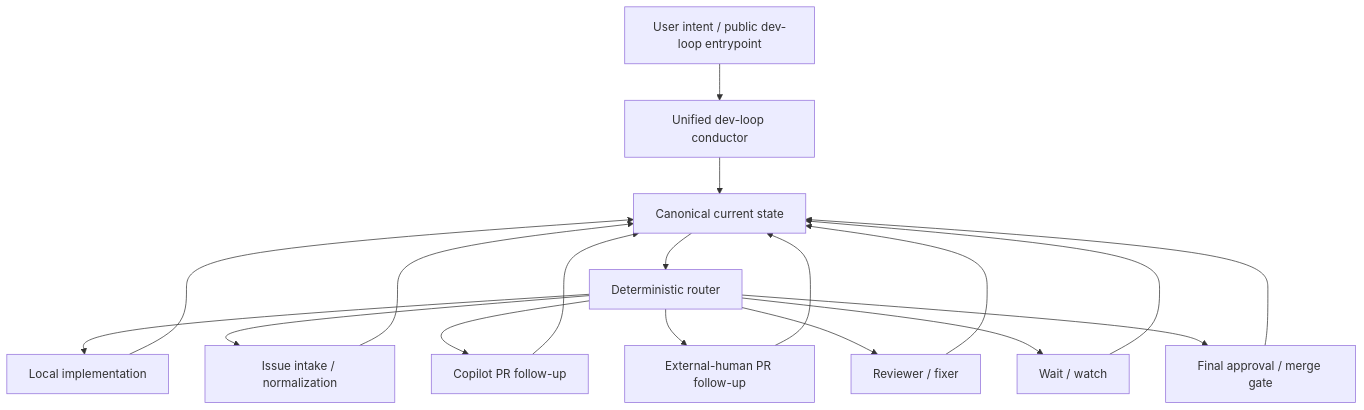
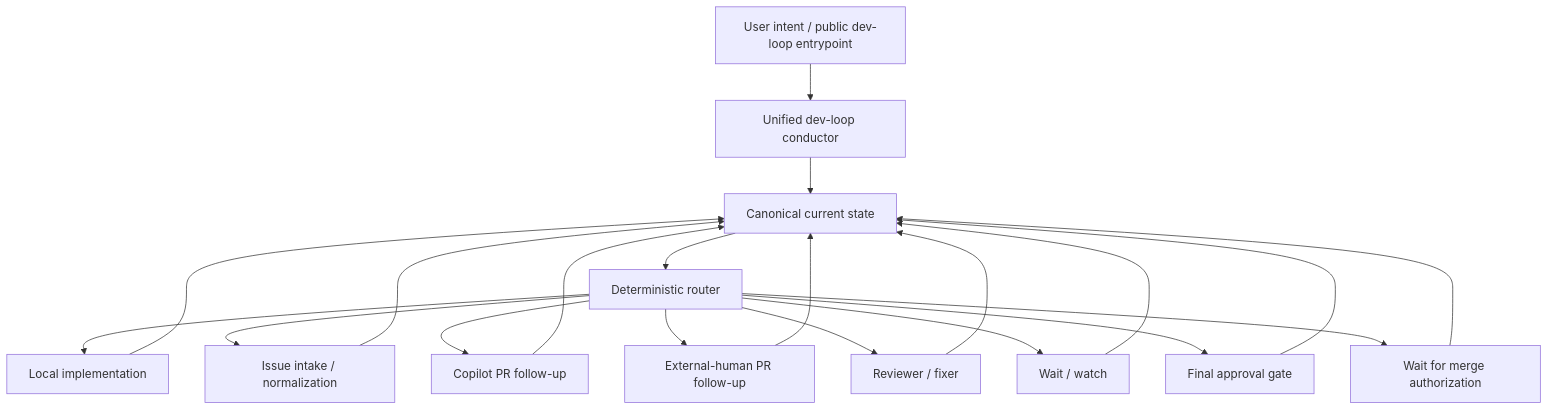
Before and after one commit to mfittko/pi-dev-loops: the diagram in docs/public-dev-loop-contract.md, drawn with Mermaid. The commit also changed other lines of this file and 5 other files, not shown here.

First line of the commit message:
Separate final approval from merge authorization with explicit waiting-for-merge gate (#179)

````diff
--- a/docs/public-dev-loop-contract.md
+++ b/docs/public-dev-loop-contract.md
@@ -284,22 +289,24 @@
 ```mermaid
 flowchart TD
     U[User intent / public dev-loop entrypoint] --> C[Unified dev-loop conductor]
     C --> S[Canonical current state]
     S --> R[Deterministic router]
 
     R --> L[Local implementation]
     R --> I[Issue intake / normalization]
     R --> CP[Copilot PR follow-up]
     R --> HP[External-human PR follow-up]
     R --> RF[Reviewer / fixer]
     R --> W[Wait / watch]
-    R --> A[Final approval / merge gate]
+    R --> A[Final approval gate]
+    R --> M[Wait for merge authorization]
 
     L --> S
     I --> S
     CP --> S
     HP --> S
     RF --> S
     W --> S
     A --> S
+    M --> S
 ```
````
